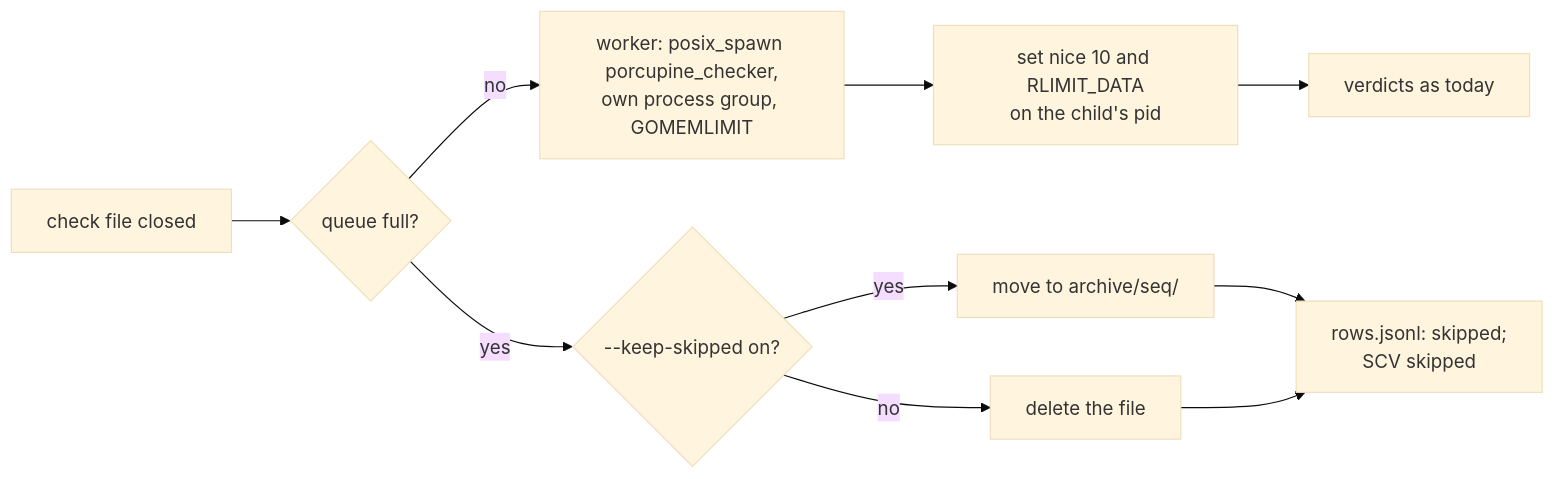
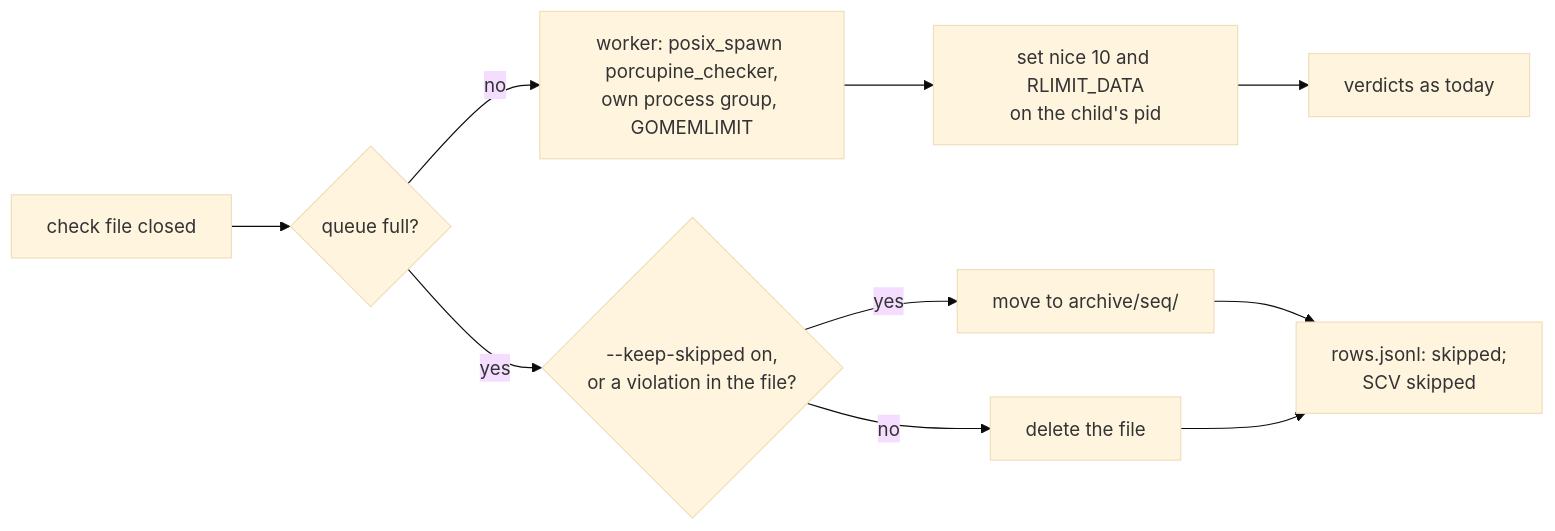
Before and after one commit to scylladb/cql-stress: the diagram in tasks/SCYLLADB-4519/SCYLLADB-5659/spec.md, drawn with Mermaid (base theme). The commit also changed other lines of this file and 7 other files, not shown here.

First line of the commit message:
feat(sc-verify): delete skipped check files unless --keep-skipped on [SCYLLADB-5659]

````diff
--- a/tasks/SCYLLADB-4519/SCYLLADB-5659/spec.md
+++ b/tasks/SCYLLADB-4519/SCYLLADB-5659/spec.md
@@ -53,12 +53,12 @@
 ```mermaid
 flowchart LR
     F[check file closed] --> Q{queue full?}
     Q -- no --> S[worker: posix_spawn porcupine_checker,<br/>own process group, GOMEMLIMIT]
     S --> L[set nice 10 and RLIMIT_DATA<br/>on the child's pid]
     L --> V[verdicts as today]
-    Q -- yes --> K{--keep-skipped on?}
+    Q -- yes --> K{--keep-skipped on,<br/>or a violation in the file?}
     K -- yes --> A[move to archive/seq/]
     K -- no --> D[delete the file]
     A --> R[rows.jsonl: skipped;<br/>SCV skipped]
     D --> R
 ```
````
